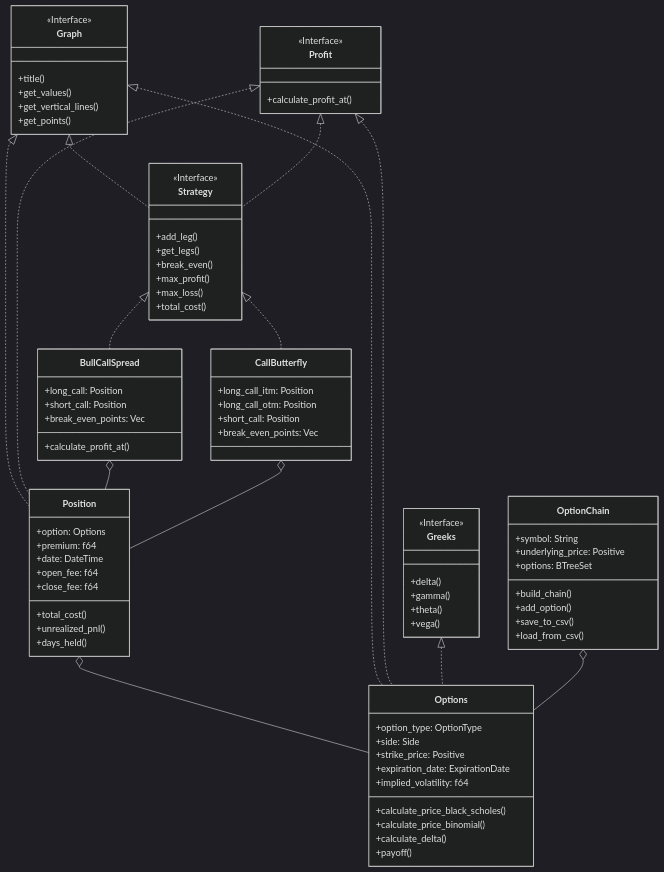
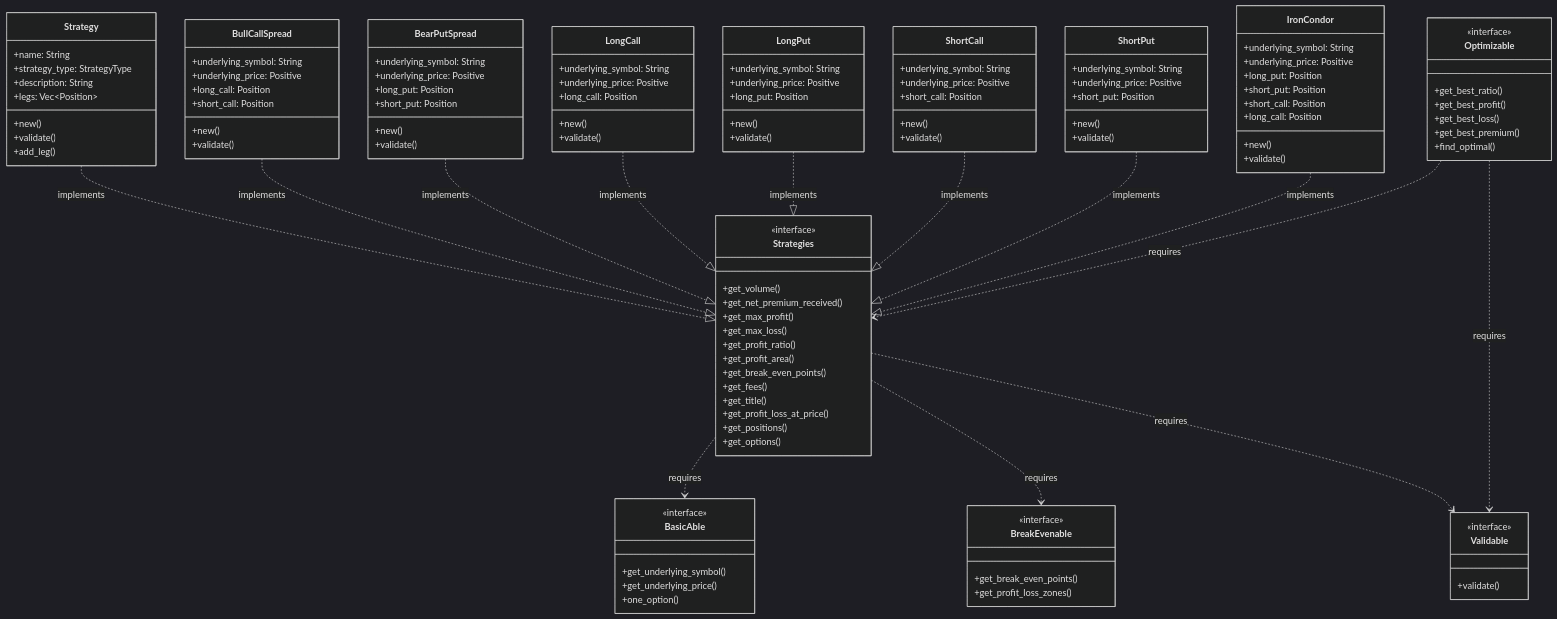
Before and after one commit to joaquinbejar/OptionStratLib: the second of 3 diagrams in README.md, drawn with Mermaid (dark theme). The commit also changed other lines of this file and 1 other file, not shown here.

````diff
--- a/README.md
+++ b/README.md
@@ -313,94 +306,131 @@
- ```mermaid
- classDiagram
- class Options {
- +option_type: OptionType
- +side: Side
- +strike_price: Positive
- +expiration_date: ExpirationDate
- +implied_volatility: f64
- +calculate_price_black_scholes()
- +calculate_price_binomial()
- +calculate_delta()
- +payoff()
- }
+```mermaid
+classDiagram
+class Strategy {
++name: String
++strategy_type: StrategyType
++description: String
++legs: Vec~Position~
++new()
++validate()
++add_leg()
+}
 
- class Position {
- +option: Options
- +premium: f64
- +date: DateTime
- +open_fee: f64
- +close_fee: f64
- +total_cost()
- +unrealized_pnl()
- +days_held()
- }
+class Strategies {
+<<interface>>
++get_volume()
++get_net_premium_received()
++get_max_profit()
++get_max_loss()
++get_profit_ratio()
++get_profit_area()
++get_break_even_points()
++get_fees()
++get_title()
++get_profit_loss_at_price()
++get_positions()
++get_options()
+}
 
- class OptionChain {
- +symbol: String
- +underlying_price: Positive
- +options: BTreeSet<OptionData>
- +build_chain()
- +add_option()
- +save_to_csv()
- +load_from_csv()
- }
+class BullCallSpread {
++underlying_symbol: String
++underlying_price: Positive
++long_call: Position
++short_call: Position
++new()
++validate()
+}
 
- class Strategy {
- <<Interface>>
- +add_leg()
- +get_legs()
- +break_even()
- +max_profit()
- +max_loss()
- +total_cost()
- }
+class BearPutSpread {
++underlying_symbol: String
++underlying_price: Positive
++long_put: Position
++short_put: Position
++new()
++validate()
+}
 
- class BullCallSpread {
- +long_call: Position
- +short_call: Position
- +break_even_points: Vec<f64>
- +calculate_profit_at()
- }
+class LongCall {
++underlying_symbol: String
++underlying_price: Positive
++long_call: Position
++new()
++validate()
+}
 
- class CallButterfly {
- +long_call_itm: Position
- +long_call_otm: Position
- +short_call: Position
- +break_even_points: Vec<f64>
- }
+class LongPut {
++underlying_symbol: String
++underlying_price: Positive
++long_put: Position
++new()
++validate()
+}
 
- class Graph {
- <<Interface>>
- +title()
- +get_values()
- +get_vertical_lines()
- +get_points()
- }
+class ShortCall {
++underlying_symbol: String
++underlying_price: Positive
++short_call: Position
++new()
++validate()
+}
 
- class Profit {
- <<Interface>>
- +calculate_profit_at()
- }
+class ShortPut {
++underlying_symbol: String
++underlying_price: Positive
++short_put: Position
++new()
++validate()
+}
 
- class Greeks {
- <<Interface>>
- +delta()
- +gamma()
- +theta()
- +vega()
- }
+class IronCondor {
++underlying_symbol: String
++underlying_price: Positive
++long_put: Position
++short_put: Position
++short_call: Position
++long_call: Position
++new()
++validate()
+}
 
- Position o-- Options
- Strategy <|.. BullCallSpread
- Strategy <|.. CallButterfly
- Graph <|.. Options
- Graph <|.. Position
- Graph <|.. Strategy
- Profit <|.. Options
- Profit <|.. Position
- Profit <|.. Strategy
- Greeks <|.. Options
- OptionChain o-- Options
- BullCallSpread o-- Position
- CallButterfly o-- Position
- ```
+class BasicAble {
+<<interface>>
++get_underlying_symbol()
++get_underlying_price()
++one_option()
+}
+
+class BreakEvenable {
+<<interface>>
++get_break_even_points()
++get_profit_loss_zones()
+}
+
+class Validable {
+<<interface>>
++validate()
+}
+
+class Optimizable {
+<<interface>>
++get_best_ratio()
++get_best_profit()
++get_best_loss()
++get_best_premium()
++find_optimal()
+}
+
+Strategy ..|> Strategies : implements
+BullCallSpread ..|> Strategies : implements
+BearPutSpread ..|> Strategies : implements
+LongCall ..|> Strategies : implements
+LongPut ..|> Strategies : implements
+ShortCall ..|> Strategies : implements
+ShortPut ..|> Strategies : implements
+IronCondor ..|> Strategies : implements
+
+Strategies ..> BasicAble : requires
+Strategies ..> BreakEvenable : requires
+Strategies ..> Validable : requires
+Optimizable ..> Validable : requires
+Optimizable ..> Strategies : requires
+```
````
